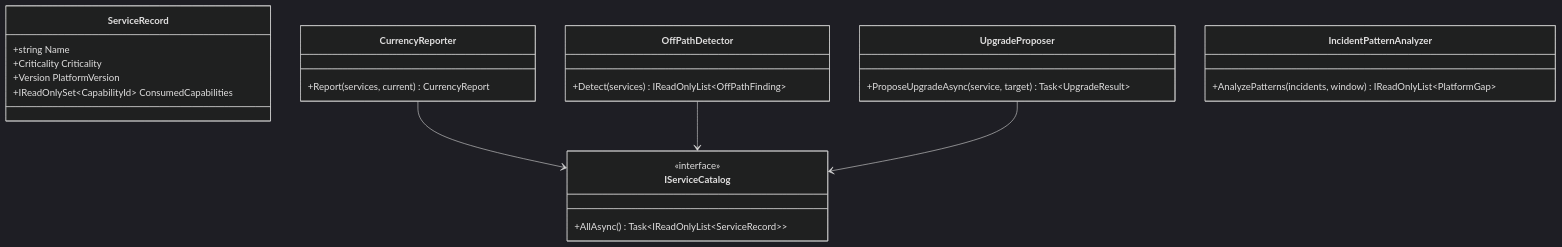
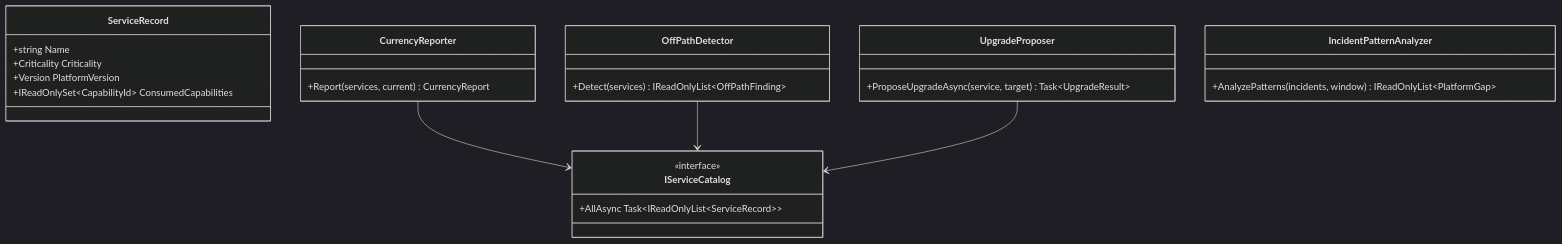
Before and after one commit to umashankarp/InterviewQuestions: the fourth of 4 diagrams in 17-Microservices/08-Capstone-Microservices-Platform-Engineering-At-Scale.md, drawn with Mermaid (dark theme). The commit also changed other lines of this file and 173 other files, not shown here.

````diff
--- a/17-Microservices/08-Capstone-Microservices-Platform-Engineering-At-Scale.md
+++ b/17-Microservices/08-Capstone-Microservices-Platform-Engineering-At-Scale.md
@@ -605,29 +605,29 @@
 ```mermaid
 classDiagram
-    class ServiceRecord {
-        +string Name
-        +Criticality Criticality
-        +Version PlatformVersion
-        +IReadOnlySet~CapabilityId~ ConsumedCapabilities
-    }
-    class CurrencyReporter {
-        +Report(services, current) CurrencyReport
-    }
-    class OffPathDetector {
-        +Detect(services) IReadOnlyList~OffPathFinding~
-    }
-    class UpgradeProposer {
-        +ProposeUpgradeAsync(service, target) Task~UpgradeResult~
-    }
-    class IncidentPatternAnalyzer {
-        +AnalyzePatterns(incidents, window) IReadOnlyList~PlatformGap~
-    }
-    class IServiceCatalog {
-        <<interface>>
-        +AllAsync() Task~IReadOnlyList~ServiceRecord~~
-    }
+ class ServiceRecord {
+ +string Name
+ +Criticality Criticality
+ +Version PlatformVersion
+ +IReadOnlySet~CapabilityId~ ConsumedCapabilities
+ }
+ class CurrencyReporter {
+ +Report(services, current) CurrencyReport
+ }
+ class OffPathDetector {
+ +Detect(services) IReadOnlyList~OffPathFinding~
+ }
+ class UpgradeProposer {
+ +ProposeUpgradeAsync(service, target) Task~UpgradeResult~
+ }
+ class IncidentPatternAnalyzer {
+ +AnalyzePatterns(incidents, window) IReadOnlyList~PlatformGap~
+ }
+ class IServiceCatalog {
+ <<interface>>
+ +AllAsync Task~IReadOnlyList~ServiceRecord~~
+ }
 
-    CurrencyReporter --> IServiceCatalog
-    OffPathDetector --> IServiceCatalog
-    UpgradeProposer --> IServiceCatalog
+ CurrencyReporter --> IServiceCatalog
+ OffPathDetector --> IServiceCatalog
+ UpgradeProposer --> IServiceCatalog
 ```
````
